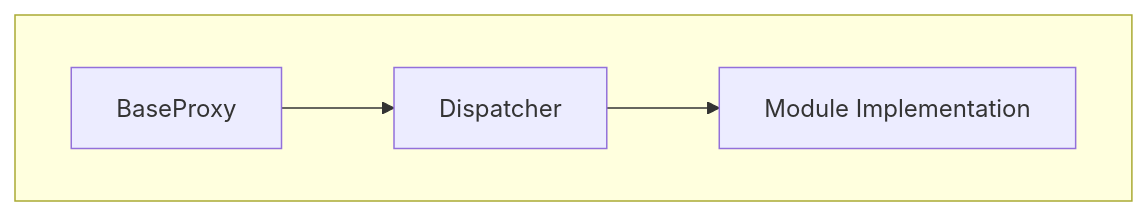
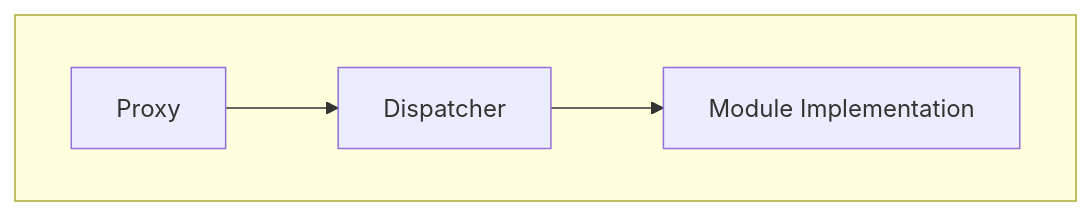
One commit to chromaxyz/reflex changed the first of 5 diagrams in docs/IMPLEMENTERS.md. Above: the diagram before and after it, drawn with Mermaid. The commit also changed other lines of this file and 47 other files, not shown here.

````diff
--- a/docs/IMPLEMENTERS.md
+++ b/docs/IMPLEMENTERS.md
@@ -36,7 +36,7 @@
 ```mermaid
 graph TD
   subgraph SingleProxy [ ]
-  BaseProxy --> Dispatcher
+  Proxy --> Dispatcher
   Dispatcher --> Module["Module Implementation"]
   end
 ```
````
